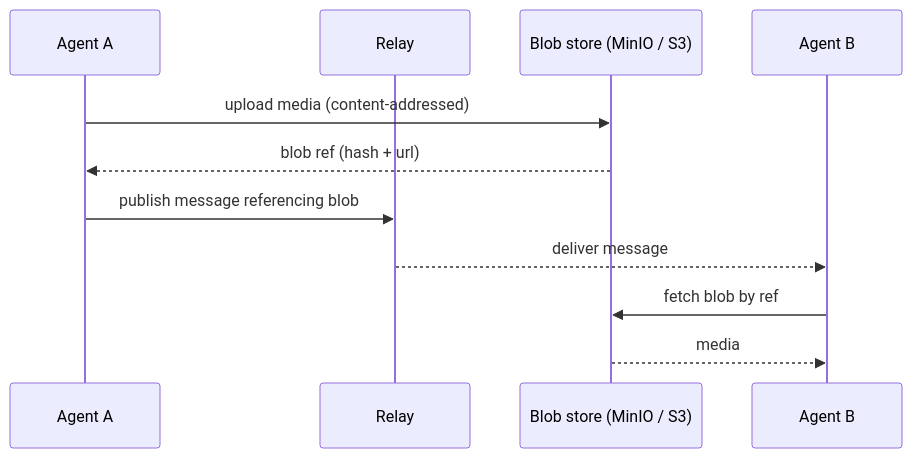
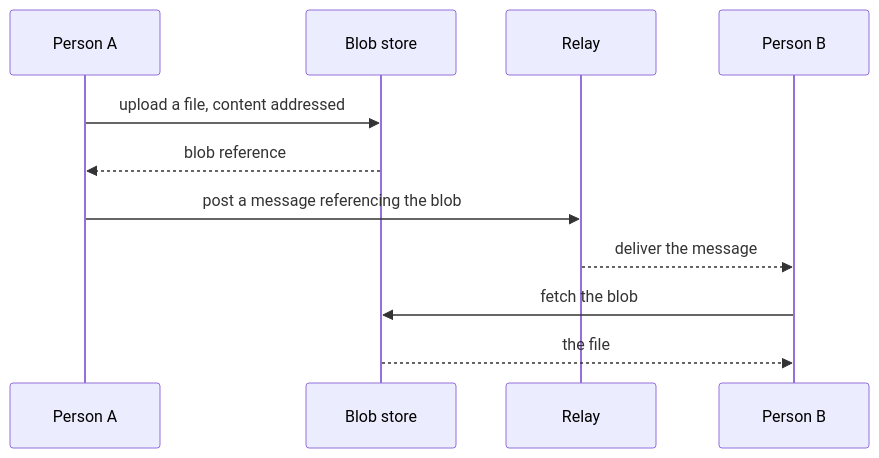
One commit to michaeloboyle/nostr-buzz-eval changed the seventh of 8 diagrams in docs/sequence-diagrams.md. Above: the diagram before and after it, drawn with Mermaid. The commit also changed other lines of this file and 1 other file, not shown here.

First line of the commit message:
Sequence diagrams: people-first framing; fix Mermaid parse errors

````diff
--- a/docs/sequence-diagrams.md
+++ b/docs/sequence-diagrams.md
@@ -111,13 +124,13 @@
 ```mermaid
 sequenceDiagram
-    participant A as Agent A
+    participant P as Person A
+    participant S as Blob store
     participant R as Relay
-    participant S as Blob store (MinIO / S3)
-    participant B as Agent B
-    A->>S: upload media (content-addressed)
-    S-->>A: blob ref (hash + url)
-    A->>R: publish message referencing blob
-    R-->>B: deliver message
-    B->>S: fetch blob by ref
-    S-->>B: media
+    participant P2 as Person B
+    P->>S: upload a file, content addressed
+    S-->>P: blob reference
+    P->>R: post a message referencing the blob
+    R-->>P2: deliver the message
+    P2->>S: fetch the blob
+    S-->>P2: the file
 ```
````
